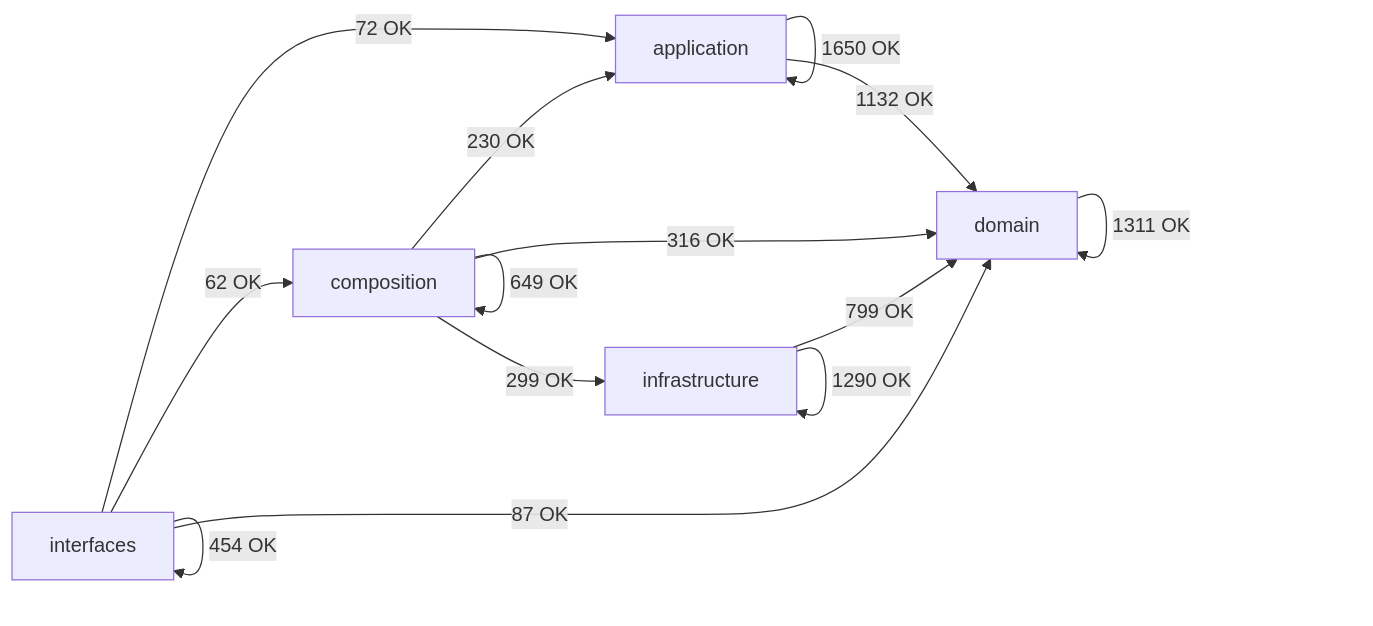
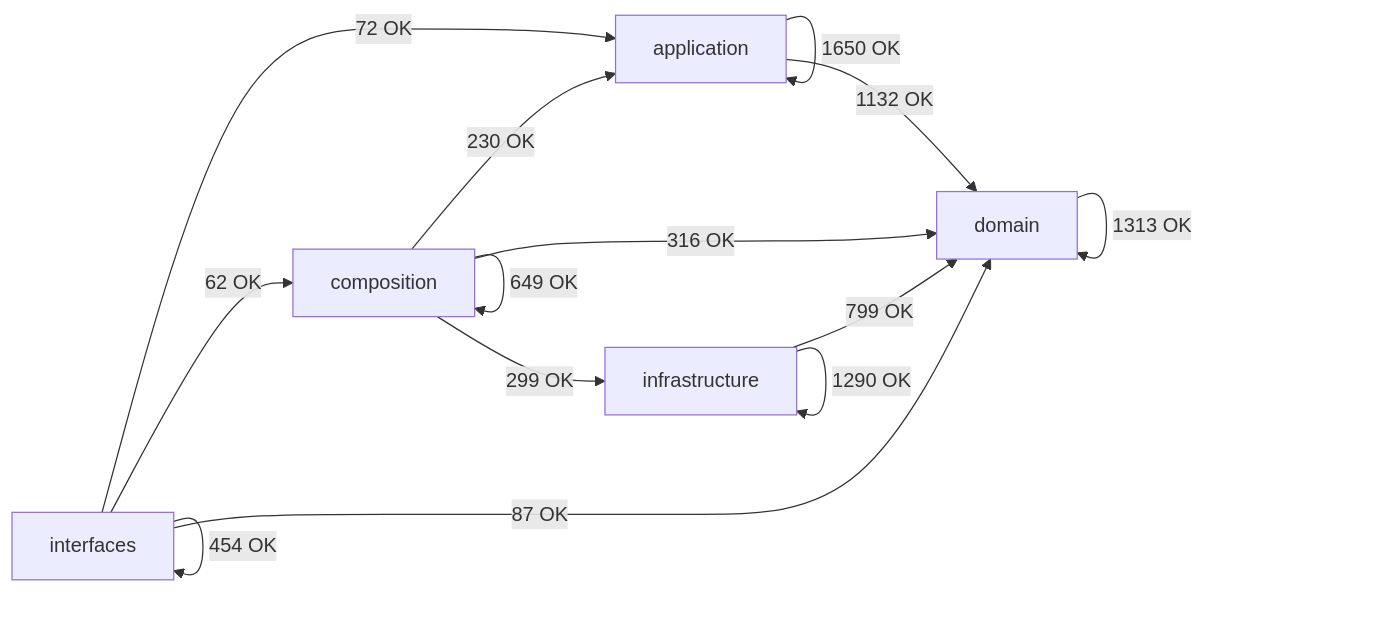
Before and after one commit to SatoryKono/BioactivityDataAcquisition: the diagram in docs/02-architecture/generated/module-dependency-map.md, drawn with Mermaid. The commit also changed other lines of this file and 2 other files, not shown here.

````diff
--- a/docs/02-architecture/generated/module-dependency-map.md
+++ b/docs/02-architecture/generated/module-dependency-map.md
@@ -17,21 +17,21 @@
 ```mermaid
 flowchart LR
     domain[domain]
     application[application]
     infrastructure[infrastructure]
     composition[composition]
     interfaces[interfaces]
     application -->|1650 OK| application
     application -->|1132 OK| domain
     composition -->|230 OK| application
     composition -->|649 OK| composition
     composition -->|316 OK| domain
     composition -->|299 OK| infrastructure
-    domain -->|1311 OK| domain
+    domain -->|1313 OK| domain
     infrastructure -->|799 OK| domain
     infrastructure -->|1290 OK| infrastructure
     interfaces -->|72 OK| application
     interfaces -->|62 OK| composition
     interfaces -->|87 OK| domain
     interfaces -->|454 OK| interfaces
 ```
````
